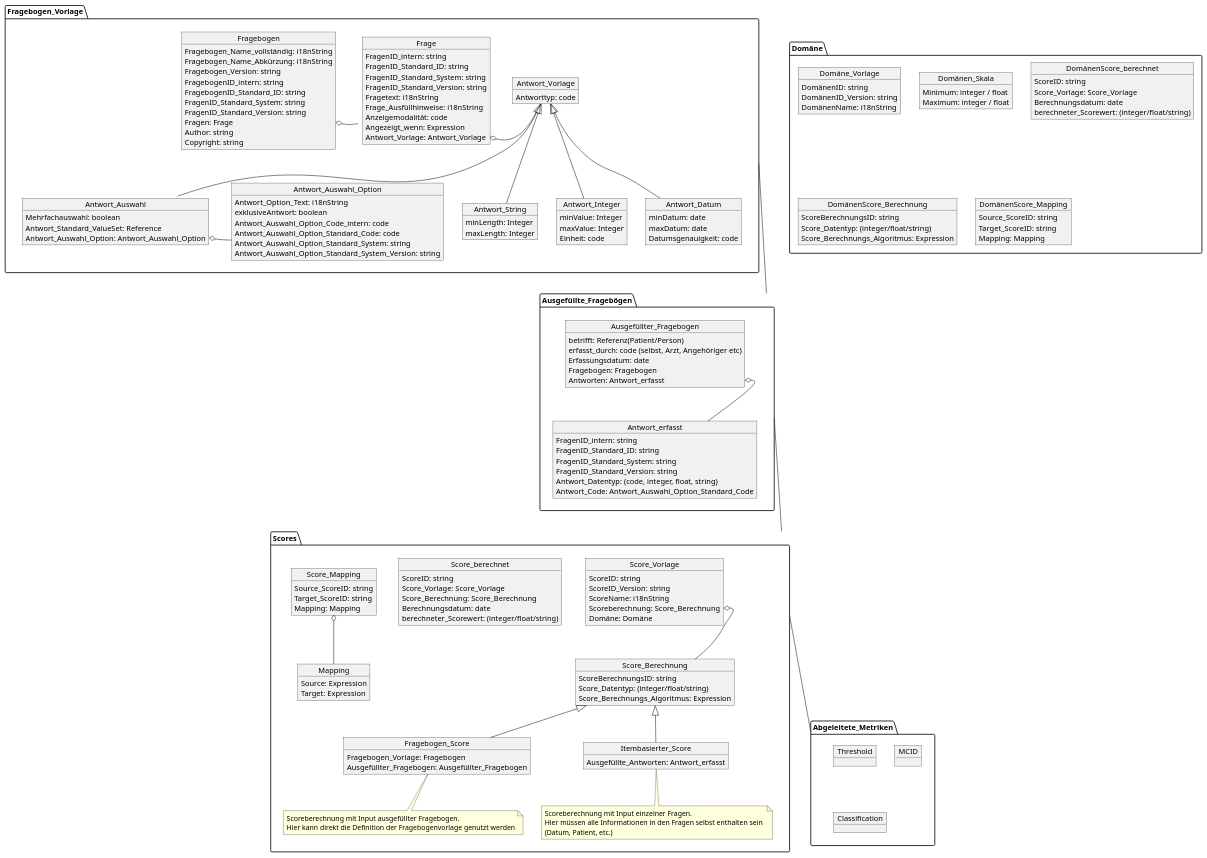
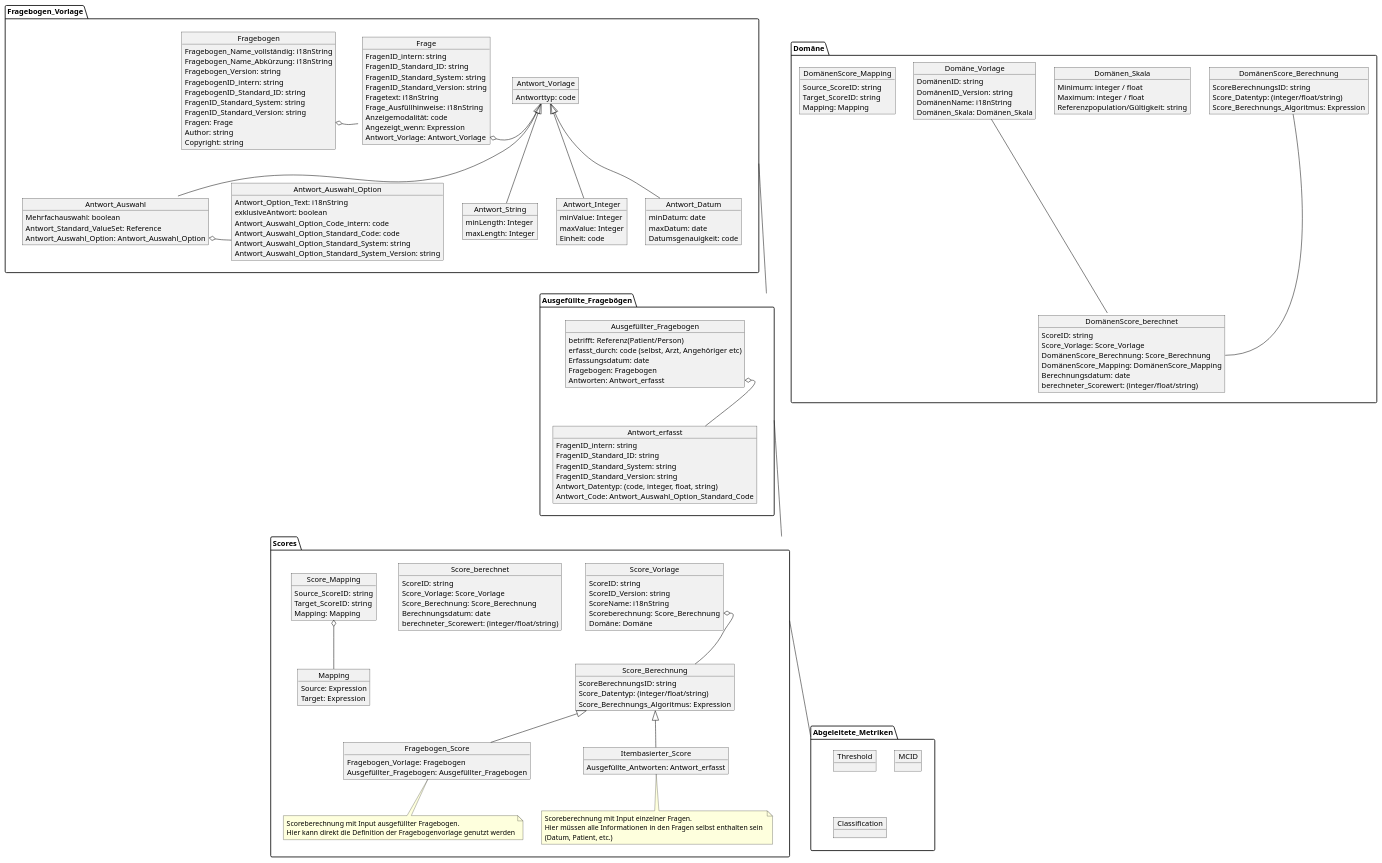
Before and after one commit to medizininformatik-initiative/kerndatensatzmodul-proms: the diagram in Logical_Model_UML_q-based copy.pu, drawn with PlantUML. The commit also changed 1 other file, not shown here.

```diff
--- a/Logical_Model_UML_q-based copy.pu
+++ b/Logical_Model_UML_q-based copy.pu
@@ -152,25 +152,26 @@
         Target: Expression        
     }
     Score_Mapping o-- Mapping
-
-
 }
 package Domäne {
     object Domäne_Vorlage {
         DomänenID: string
         DomänenID_Version: string
         DomänenName: i18nString
+        Domänen_Skala: Domänen_Skala
     }
     object Domänen_Skala {
         Minimum: integer / float
         Maximum: integer / float
-
+        Referenzpopulation/Gültigkeit: string
+        
     }
-
 
     object DomänenScore_berechnet {
         ScoreID: string
         Score_Vorlage: Score_Vorlage
+        DomänenScore_Berechnung: Score_Berechnung
+        DomänenScore_Mapping: DomänenScore_Mapping
         Berechnungsdatum: date
         berechneter_Scorewert: (integer/float/string)
     } 
@@ -186,6 +187,8 @@
         Mapping: Mapping 
     }
 }
+Domäne_Vorlage --- DomänenScore_berechnet
+DomänenScore_Berechnung --- DomänenScore_berechnet::DomänenScore_Berechnung
 
 package Abgeleitete_Metriken {
     object Threshold
```
